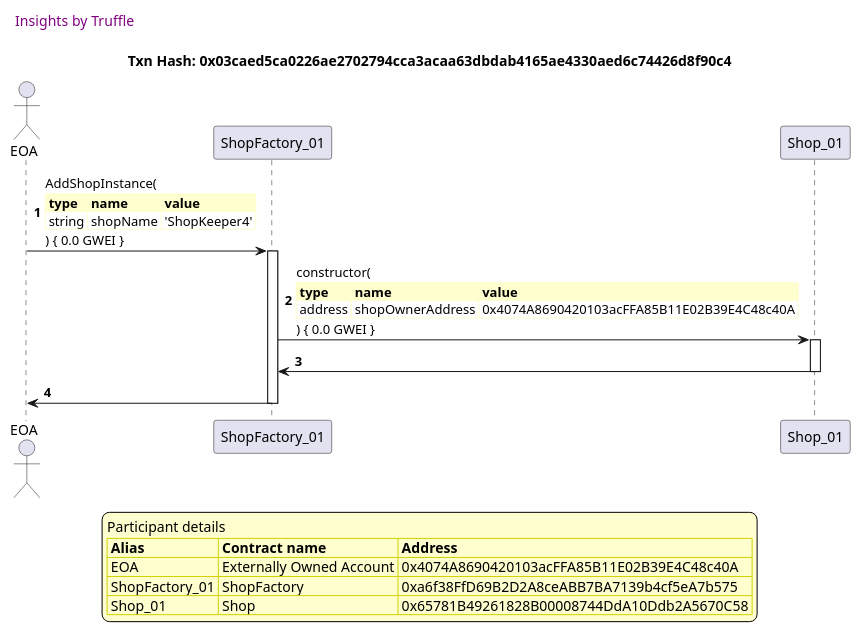
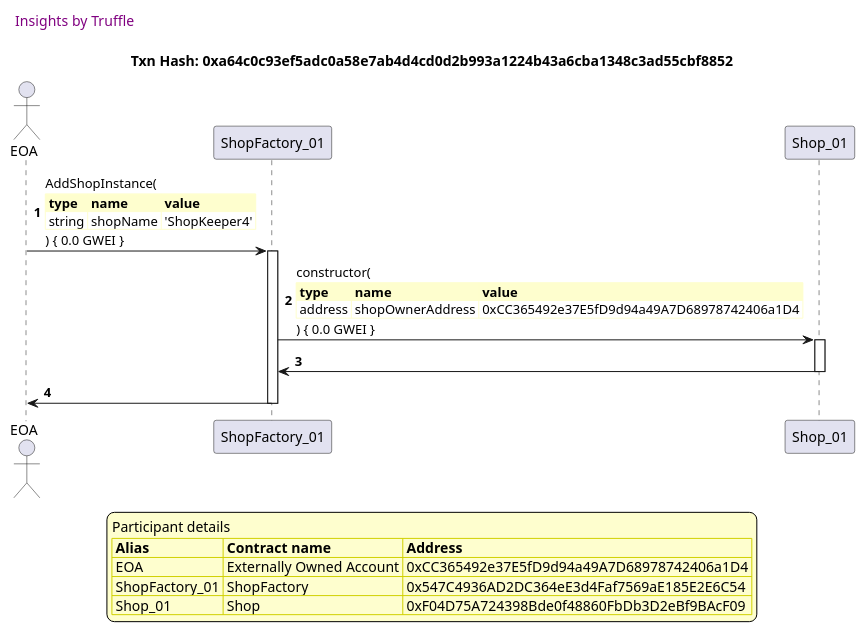
Diagram 11 of 58 in truffle-seq/Shop_test_shopfactory_manage_shop.md (thedarkjester/ConsensysAssignment), drawn with PlantUML before and after one commit. The commit also changed other lines of this file and 13 other files, not shown here.

````diff
--- a/truffle-seq/Shop_test_shopfactory_manage_shop.md
+++ b/truffle-seq/Shop_test_shopfactory_manage_shop.md
@@ -512,47 +512,47 @@
 ```plantuml
 
 
 @startuml
 
 autonumber
 skinparam legendBackgroundColor #FEFECE
 
 <style>
       header {
         HorizontalAlignment left
         FontColor purple
         FontSize 14
         Padding 10
       }
     </style>
 
 header Insights by Truffle
 
-title Txn Hash: 0x03caed5ca0226ae2702794cca3acaa63dbdab4165ae4330aed6c74426d8f90c4
+title Txn Hash: 0xa64c0c93ef5adc0a58e7ab4d4cd0d2b993a1224b43a6cba1348c3ad55cbf8852
 
 
 actor EOA as "EOA"
 participant ShopFactory_01 as "ShopFactory_01"
 participant Shop_01 as "Shop_01"
 
 "EOA" -> "ShopFactory_01" ++: AddShopInstance(\n\
 <#FEFECE,#FEFECE>|= type |= name |= value |\n\
 | string | shopName | 'ShopKeeper4' |\n\
 ) { 0.0 GWEI }
 "ShopFactory_01" -> "Shop_01" ++: constructor(\n\
 <#FEFECE,#FEFECE>|= type |= name |= value |\n\
-| address | shopOwnerAddress | 0x4074A8690420103acFFA85B11E02B39E4C48c40A |\n\
+| address | shopOwnerAddress | 0xCC365492e37E5fD9d94a49A7D68978742406a1D4 |\n\
 ) { 0.0 GWEI }
 "Shop_01" -> "ShopFactory_01" --: 
 "ShopFactory_01" -> "EOA" --: 
 
 legend
 Participant details
 <#FEFECE,#D0D000>|= Alias |= Contract name |= Address |
-<#FEFECE>| EOA | Externally Owned Account | 0x4074A8690420103acFFA85B11E02B39E4C48c40A |
-<#FEFECE>| ShopFactory_01 | ShopFactory | 0xa6f38FfD69B2D2A8ceABB7BA7139b4cf5eA7b575 |
-<#FEFECE>| Shop_01 | Shop | 0x65781B49261828B00008744DdA10Ddb2A5670C58 |
+<#FEFECE>| EOA | Externally Owned Account | 0xCC365492e37E5fD9d94a49A7D68978742406a1D4 |
+<#FEFECE>| ShopFactory_01 | ShopFactory | 0x547C4936AD2DC364eE3d4Faf7569aE185E2E6C54 |
+<#FEFECE>| Shop_01 | Shop | 0xF04D75A724398Bde0f48860FbDb3D2eBf9BAcF09 |
 endlegend
 
 @enduml
 ```
````
